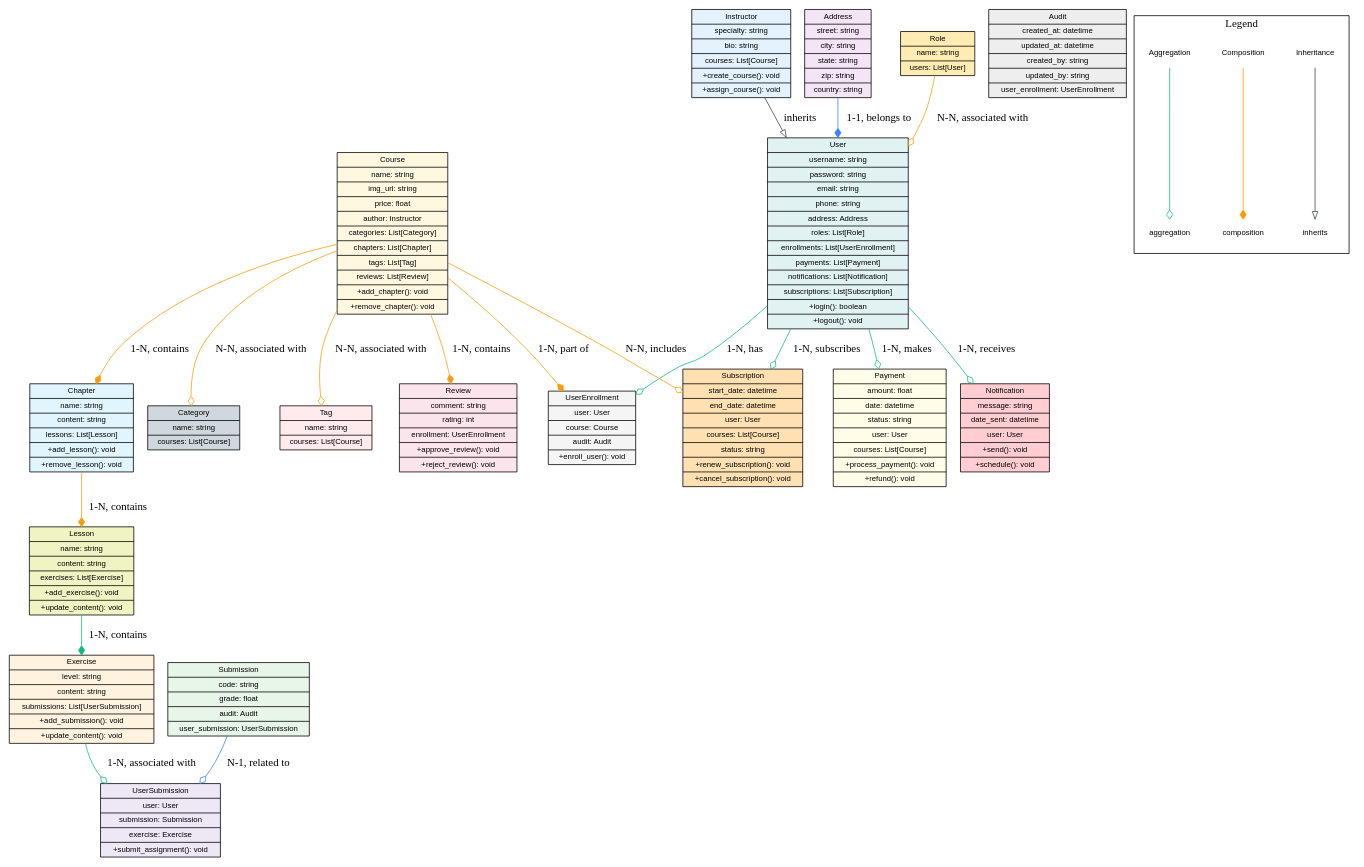
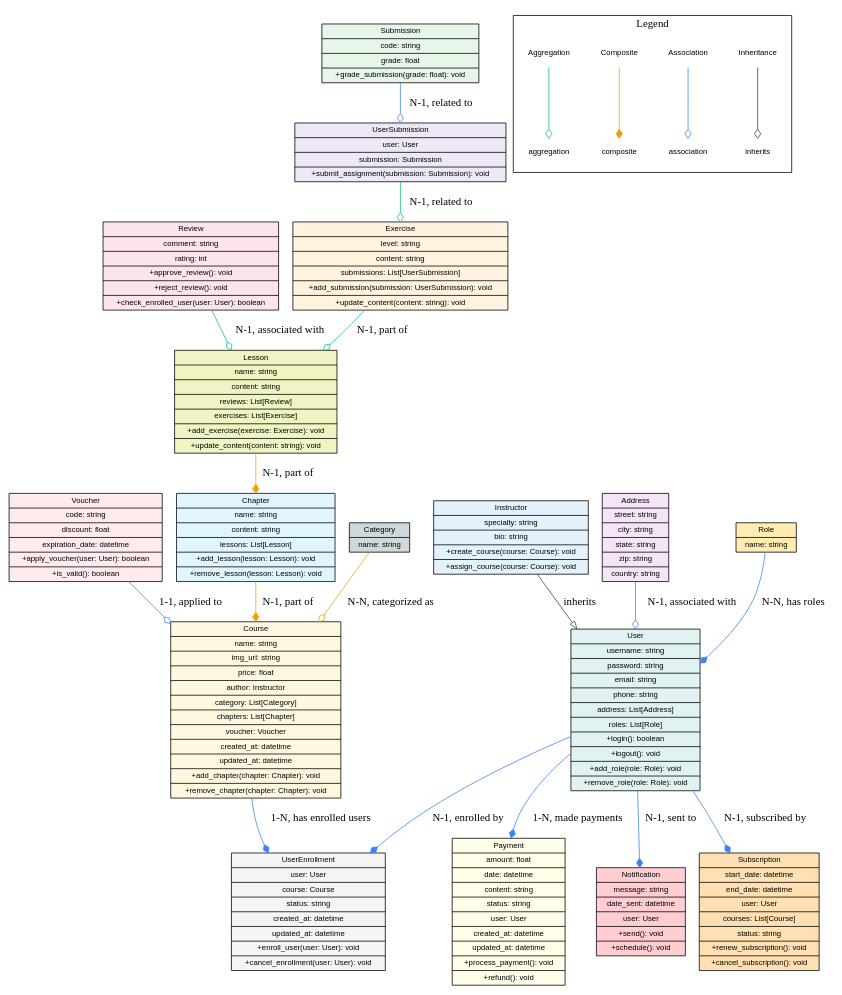
The diagram in viz/myapp_models.dot (8syncdev/8syncdev-djninex-big-project), drawn with Graphviz before and after one commit. The commit also changed 333 other files, not shown here.

```diff
--- a/viz/myapp_models.dot
+++ b/viz/myapp_models.dot
@@ -1,64 +1,65 @@
 digraph G {
     node [shape=record, fontname=Helvetica, fontsize=10];
 
-    // Optimized Class Definitions with Aggregation and Composition
-    User [label="{User|username: string|password: string|email: string|phone: string|address: Address|roles: List[Role]|enrollments: List[UserEnrollment]|payments: List[Payment]|notifications: List[Notification]|subscriptions: List[Subscription]|+login(): boolean|+logout(): void}" style=filled, fillcolor="#E0F2F1"];
-    Instructor [label="{Instructor|specialty: string|bio: string|courses: List[Course]|+create_course(): void|+assign_course(): void}" style=filled, fillcolor="#E3F2FD"];
-    Address [label="{Address|street: string|city: string|state: string|zip: string|country: string}" style=filled, fillcolor="#F3E5F5"];
-    Course [label="{Course|name: string|img_url: string|price: float|author: Instructor|categories: List[Category]|chapters: List[Chapter]|tags: List[Tag]|reviews: List[Review]|+add_chapter(): void|+remove_chapter(): void}" style=filled, fillcolor="#FFF8E1"];
-    Tag [label="{Tag|name: string|courses: List[Course]}" style=filled, fillcolor="#FFEBEE"];
-    Review [label="{Review|comment: string|rating: int|enrollment: UserEnrollment|+approve_review(): void|+reject_review(): void}" style=filled, fillcolor="#FCE4EC"];
-    Lesson [label="{Lesson|name: string|content: string|exercises: List[Exercise]|+add_exercise(): void|+update_content(): void}" style=filled, fillcolor="#F0F4C3"];
-    Chapter [label="{Chapter|name: string|content: string|lessons: List[Lesson]|+add_lesson(): void|+remove_lesson(): void}" style=filled, fillcolor="#E1F5FE"];
-    UserEnrollment [label="{UserEnrollment|user: User|course: Course|audit: Audit|+enroll_user(): void}" style=filled, fillcolor="#F5F5F5"];
-    Exercise [label="{Exercise|level: string|content: string|submissions: List[UserSubmission]|+add_submission(): void|+update_content(): void}" style=filled, fillcolor="#FFF3E0"];
-    Submission [label="{Submission|code: string|grade: float|audit: Audit|user_submission: UserSubmission}" style=filled, fillcolor="#E8F5E9"];
-    Role [label="{Role|name: string|users: List[User]}" style=filled, fillcolor="#FFECB3"];
-    UserSubmission [label="{UserSubmission|user: User |submission: Submission|exercise: Exercise|+submit_assignment(): void}" style=filled, fillcolor="#EDE7F6"];
-    Category [label="{Category|name: string|courses: List[Course]}" style=filled, fillcolor="#CFD8DC"];
-    Audit [label="{Audit|created_at: datetime|updated_at: datetime|created_by: string|updated_by: string|user_enrollment: UserEnrollment}" style=filled, fillcolor="#EEEEEE"];
-    Payment [label="{Payment|amount: float|date: datetime|status: string|user: User|courses: List[Course]|+process_payment(): void|+refund(): void}" style=filled, fillcolor="#FFFDE7"];
-    Notification [label="{Notification|message: string|date_sent: datetime|user: User|+send(): void|+schedule(): void}" style=filled, fillcolor="#FFCDD2"];
-    Subscription [label="{Subscription|start_date: datetime|end_date: datetime|user: User|courses: List[Course]|status: string|+renew_subscription(): void|+cancel_subscription(): void}" style=filled, fillcolor="#FFE0B2"];
+    // Định nghĩa các lớp với màu sắc UI hiện đại
+    User [label="{User|username: string|password: string|email: string|phone: string|address: List[Address]|roles: List[Role]|+login(): boolean|+logout(): void|+add_role(role: Role): void|+remove_role(role: Role): void}" style=filled, fillcolor="#E0F2F1"]; // teal-100
+    Instructor [label="{Instructor|specialty: string|bio: string|+create_course(course: Course): void|+assign_course(course: Course): void}" style=filled, fillcolor="#E3F2FD"]; // blue-100
+    Address [label="{Address|street: string|city: string|state: string|zip: string|country: string}" style=filled, fillcolor="#F3E5F5"]; // purple-100
+    Course [label="{Course|name: string|img_url: string|price: float|author: Instructor|category: List[Category]|chapters: List[Chapter]|voucher: Voucher|created_at: datetime|updated_at: datetime|+add_chapter(chapter: Chapter): void|+remove_chapter(chapter: Chapter): void}" style=filled, fillcolor="#FFF8E1"]; // amber-100
+    Voucher [label="{Voucher|code: string|discount: float|expiration_date: datetime|+apply_voucher(user: User): boolean|+is_valid(): boolean}" style=filled, fillcolor="#FFEBEE"]; // red-50
+    Review [label="{Review|comment: string|rating: int|+approve_review(): void|+reject_review(): void|+check_enrolled_user(user: User): boolean}" style=filled, fillcolor="#FCE4EC"]; // pink-100
+    Lesson [label="{Lesson|name: string|content: string|reviews: List[Review]|exercises: List[Exercise]|+add_exercise(exercise: Exercise): void|+update_content(content: string): void}" style=filled, fillcolor="#F0F4C3"]; // lime-100
+    Chapter [label="{Chapter|name: string|content: string|lessons: List[Lesson]|+add_lesson(lesson: Lesson): void|+remove_lesson(lesson: Lesson): void}" style=filled, fillcolor="#E1F5FE"]; // light-blue-100
+    UserEnrollment [label="{UserEnrollment|user: User|course: Course|status: string|created_at: datetime|updated_at: datetime|+enroll_user(user: User): void|+cancel_enrollment(user: User): void}" style=filled, fillcolor="#F5F5F5"]; // grey-100
+    Exercise [label="{Exercise|level: string|content: string|submissions: List[UserSubmission]|+add_submission(submission: UserSubmission): void|+update_content(content: string): void}" style=filled, fillcolor="#FFF3E0"]; // orange-100
+    Submission [label="{Submission|code: string|grade: float|+grade_submission(grade: float): void}" style=filled, fillcolor="#E8F5E9"]; // green-100
+    Role [label="{Role|name: string}" style=filled, fillcolor="#FFECB3"]; // yellow-100
+    UserSubmission [label="{UserSubmission|user: User|submission: Submission|+submit_assignment(submission: Submission): void}" style=filled, fillcolor="#EDE7F6"]; // deep-purple-100
+    Category [label="{Category|name: string}" style=filled, fillcolor="#CFD8DC"]; // blue-grey-100
+    Payment [label="{Payment|amount: float|date: datetime|content: string|status: string|user: User|created_at: datetime|updated_at: datetime|+process_payment(): void|+refund(): void}" style=filled, fillcolor="#FFFDE7"]; // yellow-50
+    Notification [label="{Notification|message: string|date_sent: datetime|user: User|+send(): void|+schedule(): void}" style=filled, fillcolor="#FFCDD2"]; // red-100
+    Subscription [label="{Subscription|start_date: datetime|end_date: datetime|user: User|courses: List[Course]|status: string|+renew_subscription(): void|+cancel_subscription(): void}" style=filled, fillcolor="#FFE0B2"]; // deep-orange-100
 
-    // Relations using Aggregation and Composition
-    Instructor -> User [label="inherits" arrowhead=onormal color="#374151"]; 
+    // Quan hệ kế thừa
+    Instructor -> User [label="inherits" arrowhead=onormal color="#374151"]; // gray-700
 
-    User -> UserEnrollment [label="1-N, has" arrowhead=odiamond color="#10B981"];  // Aggregation relationship
-    User -> Payment [label="1-N, makes" arrowhead=odiamond color="#10B981"];  // Aggregation relationship
-    User -> Notification [label="1-N, receives" arrowhead=odiamond color="#10B981"];  // Aggregation relationship
-    User -> Subscription [label="1-N, subscribes" arrowhead=odiamond color="#10B981"];  // Aggregation relationship
+    // Quan hệ
+    User -> UserEnrollment [label="N-1, enrolled by" arrowhead=diamond color="#3B82F6"]; // blue-500
+    User -> Notification [label="N-1, sent to" arrowhead=diamond color="#3B82F6"]; // blue-500
+    User -> Subscription [label="N-1, subscribed by" arrowhead=diamond color="#3B82F6"]; // blue-500
+    Address -> User [label="N-1, associated with" arrowhead=odiamond color="#3B82F6"]; // blue-500 (Composite relationship)
+    Role -> User [label="N-N, has roles" arrowhead=diamond color="#3B82F6"]; // blue-500
+    User -> Payment [label="1-N, made payments" arrowhead=diamond color="#3B82F6"]; // blue-500
 
-    Course -> UserEnrollment [label="1-N, part of" arrowhead=diamond color="#F59E0B"];  // Composition relationship
-    Course -> Review [label="1-N, contains" arrowhead=diamond color="#F59E0B"];  // Composition relationship
-    Course -> Chapter [label="1-N, contains" arrowhead=diamond color="#F59E0B"];  // Composition relationship
-    Course -> Category [label="N-N, associated with" arrowhead=odiamond color="#F59E0B"];  // Aggregation relationship
-    Course -> Tag [label="N-N, associated with" arrowhead=odiamond color="#F59E0B"];  // Aggregation relationship
-    Course -> Subscription [label="N-N, includes" arrowhead=odiamond color="#F59E0B"];  // Aggregation relationship
-    
-    Chapter -> Lesson [label="1-N, contains" arrowhead=diamond color="#F59E0B"];  // Composition relationship
-    Lesson -> Exercise [label="1-N, contains" arrowhead=diamond color="#10B981"];  // Composition relationship
-    Exercise -> UserSubmission [label="1-N, associated with" arrowhead=odiamond color="#10B981"];  // Aggregation relationship
+    Course -> UserEnrollment [label="1-N, has enrolled users" arrowhead=diamond color="#3B82F6"]; // blue-500
+    Chapter -> Course [label="N-1, part of" arrowhead=diamond color="#F59E0B"]; // yellow-500 (Composite relationship)
+    Category -> Course [label="N-N, categorized as" arrowhead=odiamond color="#F59E0B"]; // yellow-500 (Aggregation relationship)
+    Voucher -> Course [label="1-1, applied to" arrowhead=odiamond color="#3B82F6"]; // blue-500 (Aggregation relationship)
 
-    Address -> User [label="1-1, belongs to" arrowhead=diamond color="#3B82F6"];  // Composition relationship
-    Submission -> UserSubmission [label="N-1, related to" arrowhead=odiamond color="#3B82F6"];  // Aggregation relationship
+    Lesson -> Chapter [label="N-1, part of" arrowhead=diamond color="#F59E0B"]; // yellow-500 (Composite relationship)
+    Exercise -> Lesson [label="N-1, part of" arrowhead=odiamond color="#10B981"]; // green-500 (Aggregation relationship)
+    Review -> Lesson [label="N-1, associated with" arrowhead=odiamond color="#10B981"]; // green-500
 
-    Role -> User [label="N-N, associated with" arrowhead=odiamond color="#F59E0B"];  // Aggregation relationship
+    UserSubmission -> Exercise [label="N-1, related to" arrowhead=odiamond color="#10B981"]; // green-500
+    Submission -> UserSubmission [label="N-1, related to" arrowhead=odiamond color="#3B82F6"]; // blue-500
 
-    // Simplified Legend
+    // Huyền thoại đơn giản hóa
     subgraph cluster_legend {
         label = "Legend";
         key1 [label="Inheritance" shape=plaintext];
-        key2 [label="Composition" shape=plaintext];
-        key3 [label="Aggregation" shape=plaintext];
+        key2 [label="Association" shape=plaintext];
+        key3 [label="Composite" shape=plaintext];
+        key4 [label="Aggregation" shape=plaintext];
 
         key1_edge [label="inherits" shape=plaintext];
-        key2_edge [label="composition" shape=plaintext];
-        key3_edge [label="aggregation" shape=plaintext];
+        key2_edge [label="association" shape=plaintext];
+        key3_edge [label="composite" shape=plaintext];
+        key4_edge [label="aggregation" shape=plaintext];
 
-        // Adding edges to represent the legend
-        key1 -> key1_edge [arrowhead=onormal color="#374151"]; // gray-700
-        key2 -> key2_edge [arrowhead=diamond color="#F59E0B"]; // yellow-500
-        key3 -> key3_edge [arrowhead=odiamond color="#10B981"]; // green-500
+        // Thêm các cạnh để đại diện cho huyền thoại
+        key1 -> key1_edge [arrowhead=oodiamond color="#374151"]; // gray-700
+        key2 -> key2_edge [arrowhead=odiamond color="#3B82F6"]; // blue-500
+        key3 -> key3_edge [arrowhead=diamond color="#F59E0B"]; // yellow-500
+        key4 -> key4_edge [arrowhead=odiamond color="#10B981"]; // green-500
     }
 }
```
